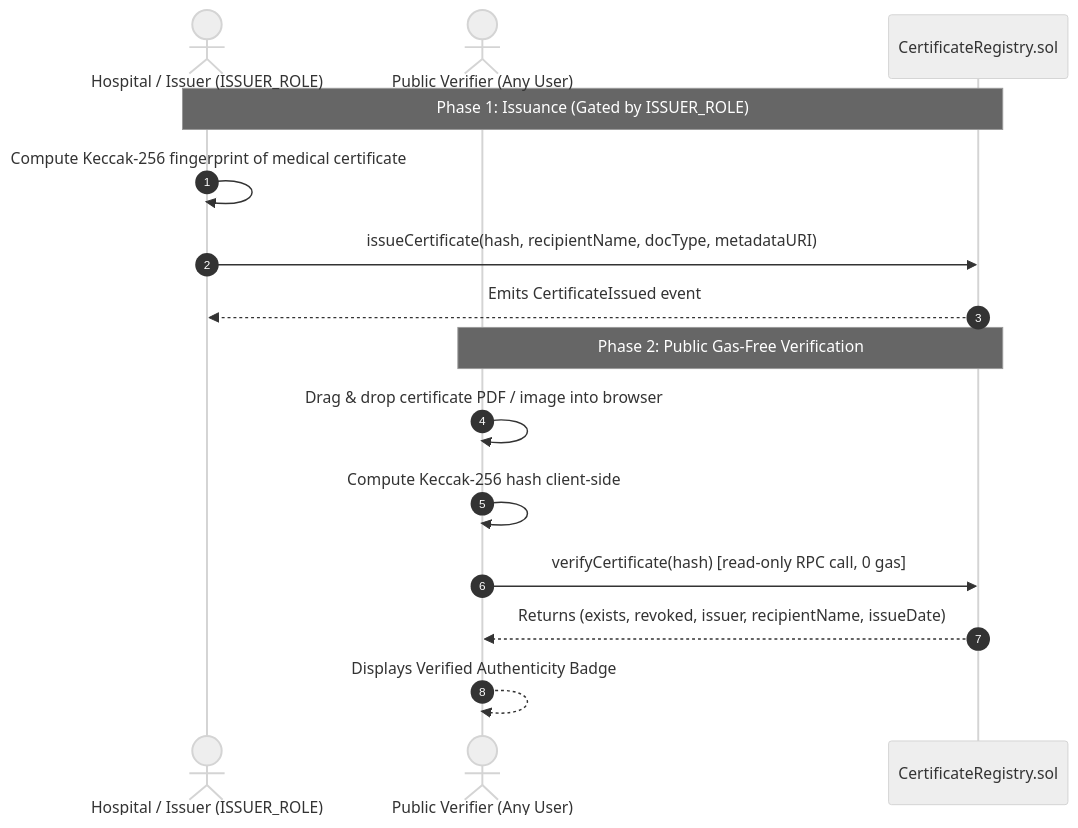
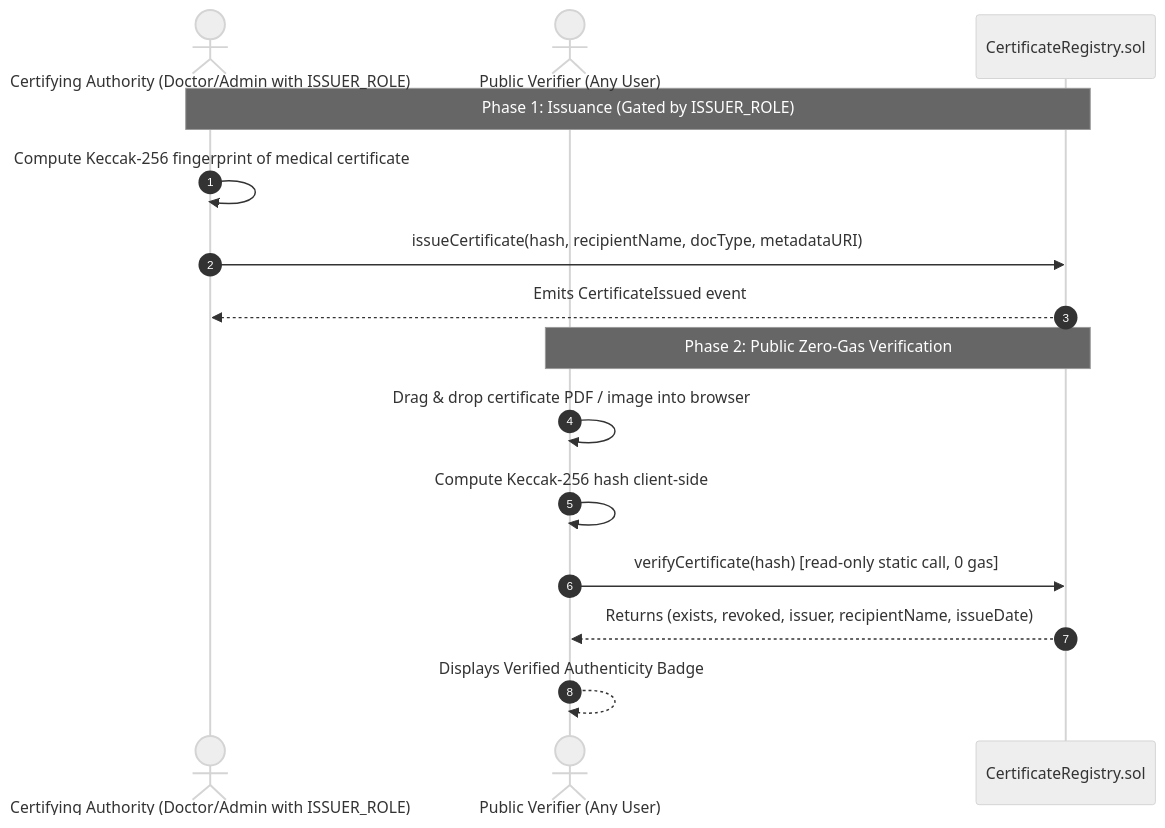
One commit to Anmol4679/blockchain_project_vit changed the third of 3 diagrams in README.md. Above: the diagram before and after it, drawn with Mermaid (neutral theme). The commit also changed other lines of this file, not shown here.

Commit message:
docs: update README with healthcare RBAC, doctor-patient workflows, and certificate verification

````diff
--- a/README.md
+++ b/README.md
@@ -114,19 +134,19 @@
 ```mermaid
 sequenceDiagram
     autonumber
-    actor Issuer as Hospital / Issuer (ISSUER_ROLE)
+    actor Authority as Certifying Authority (Doctor/Admin with ISSUER_ROLE)
     actor Verifier as Public Verifier (Any User)
     participant Chain as CertificateRegistry.sol
 
-    Note over Issuer, Chain: Phase 1: Issuance (Gated by ISSUER_ROLE)
-    Issuer->>Issuer: Compute Keccak-256 fingerprint of medical certificate
-    Issuer->>Chain: issueCertificate(hash, recipientName, docType, metadataURI)
-    Chain-->>Issuer: Emits CertificateIssued event
+    Note over Authority, Chain: Phase 1: Issuance (Gated by ISSUER_ROLE)
+    Authority->>Authority: Compute Keccak-256 fingerprint of medical certificate
+    Authority->>Chain: issueCertificate(hash, recipientName, docType, metadataURI)
+    Chain-->>Authority: Emits CertificateIssued event
 
-    Note over Verifier, Chain: Phase 2: Public Gas-Free Verification
+    Note over Verifier, Chain: Phase 2: Public Zero-Gas Verification
     Verifier->>Verifier: Drag & drop certificate PDF / image into browser
     Verifier->>Verifier: Compute Keccak-256 hash client-side
-    Verifier->>Chain: verifyCertificate(hash) [read-only RPC call, 0 gas]
+    Verifier->>Chain: verifyCertificate(hash) [read-only static call, 0 gas]
     Chain-->>Verifier: Returns (exists, revoked, issuer, recipientName, issueDate)
     Verifier-->>Verifier: Displays Verified Authenticity Badge
 ```
````
